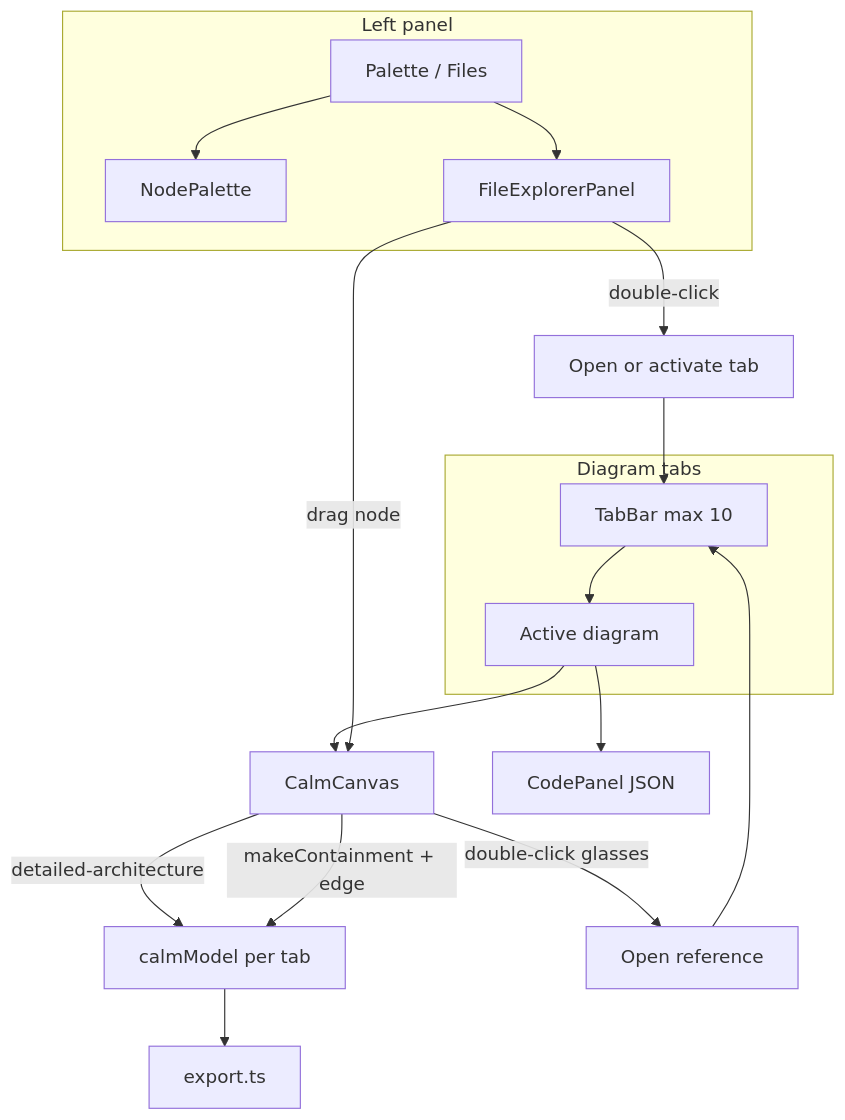
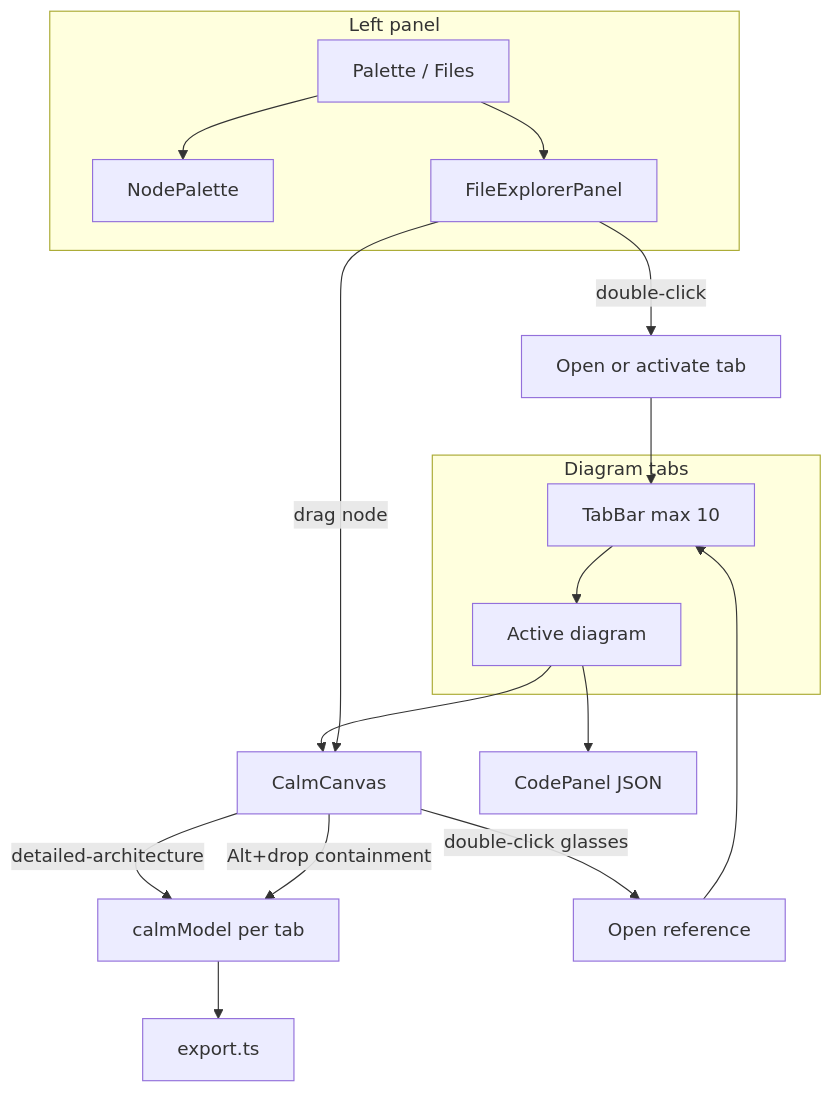
Before and after one commit to krninsky/architecture-as-code: the sixth of 6 diagrams in calm-studio/docs/prd.md, drawn with Mermaid. The commit also changed other lines of this file and 41 other files, not shown here.

First line of the commit message:
feat(calm-studio): add iteration 7 containment merge, alt-drop, and CLI patterns

````diff
--- a/calm-studio/docs/prd.md
+++ b/calm-studio/docs/prd.md
@@ -778,28 +859,28 @@
 ```mermaid
 flowchart TB
   subgraph tabs [Diagram tabs]
     TabBar[TabBar max 10]
     TabBar --> ActiveTab[Active diagram]
   end
 
   subgraph left [Left panel]
     Toggle[Palette / Files]
     Palette[NodePalette]
     FileTree[FileExplorerPanel]
     Toggle --> Palette
     Toggle --> FileTree
   end
 
   FileTree -->|double-click| Open[Open or activate tab]
   Open --> TabBar
   ActiveTab --> Canvas[CalmCanvas]
   ActiveTab --> CodePanel[CodePanel JSON]
 
   FileTree -->|drag node| Canvas
   Canvas -->|detailed-architecture| Model[calmModel per tab]
   Canvas -->|double-click glasses| OpenRef[Open reference]
   OpenRef --> TabBar
 
-  Canvas -->|makeContainment + edge| Model
+  Canvas -->|Alt+drop containment| Model
   Model --> Export[export.ts]
 ```
````
